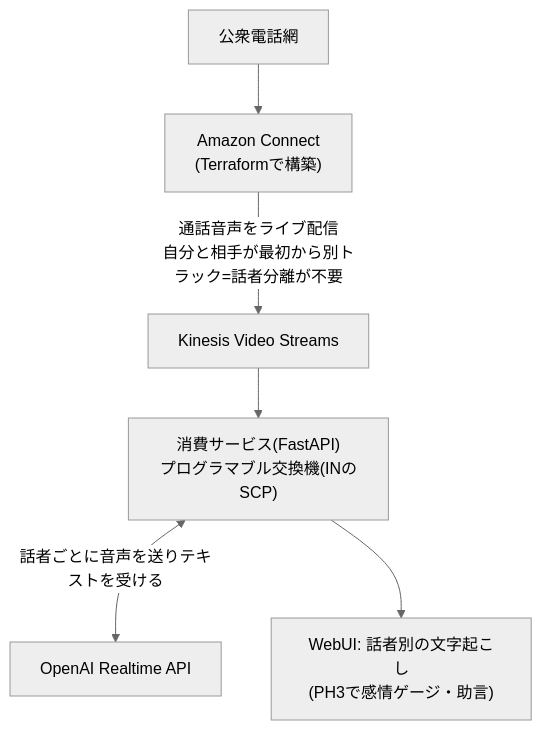
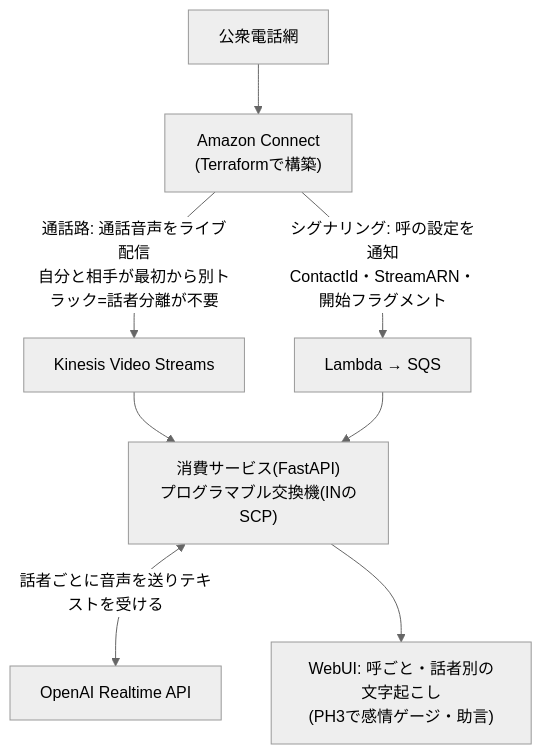
Before and after one commit to yoshiharu-ishii/crossbar_telepath: the diagram in README.md, drawn with Mermaid (neutral theme). The commit also changed other lines of this file and 15 other files, not shown here.

````diff
--- a/README.md
+++ b/README.md
@@ -9,8 +9,10 @@
 ```mermaid
 flowchart TD
     PSTN[公衆電話網] --> Connect["Amazon Connect<br>(Terraformで構築)"]
-    Connect -->|"通話音声をライブ配信<br>自分と相手が最初から別トラック=話者分離が不要"| KVS["Kinesis Video Streams"]
+    Connect -->|"通話路: 通話音声をライブ配信<br>自分と相手が最初から別トラック=話者分離が不要"| KVS["Kinesis Video Streams"]
+    Connect -->|"シグナリング: 呼の設定を通知<br>ContactId・StreamARN・開始フラグメント"| SIG["Lambda → SQS"]
     KVS --> SCP["消費サービス(FastAPI)<br>プログラマブル交換機(INのSCP)"]
+    SIG --> SCP
     SCP <-->|"話者ごとに音声を送りテキストを受ける"| RT["OpenAI Realtime API"]
-    SCP --> UI["WebUI: 話者別の文字起こし<br>(PH3で感情ゲージ・助言)"]
+    SCP --> UI["WebUI: 呼ごと・話者別の文字起こし<br>(PH3で感情ゲージ・助言)"]
 ```
````
